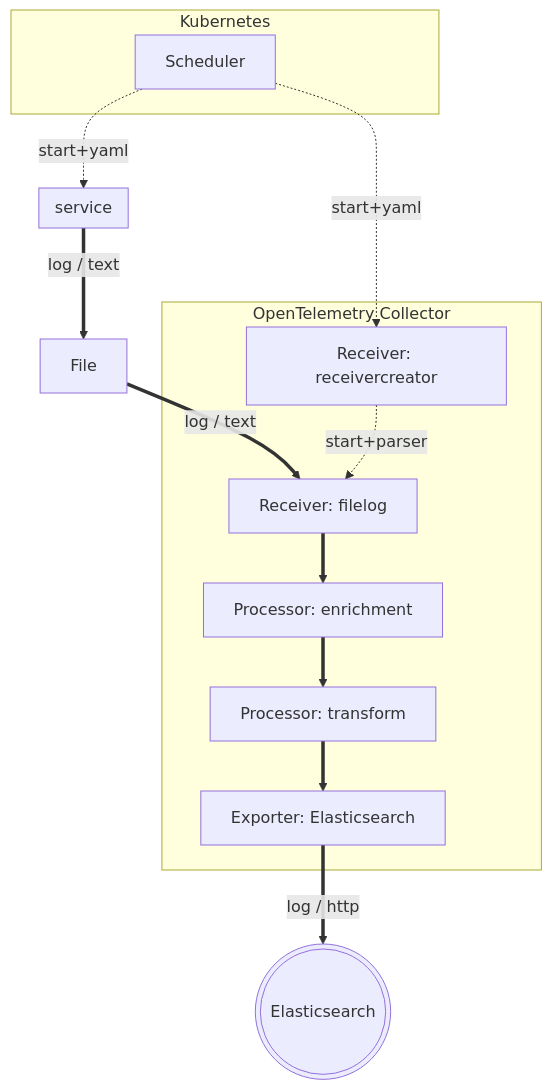
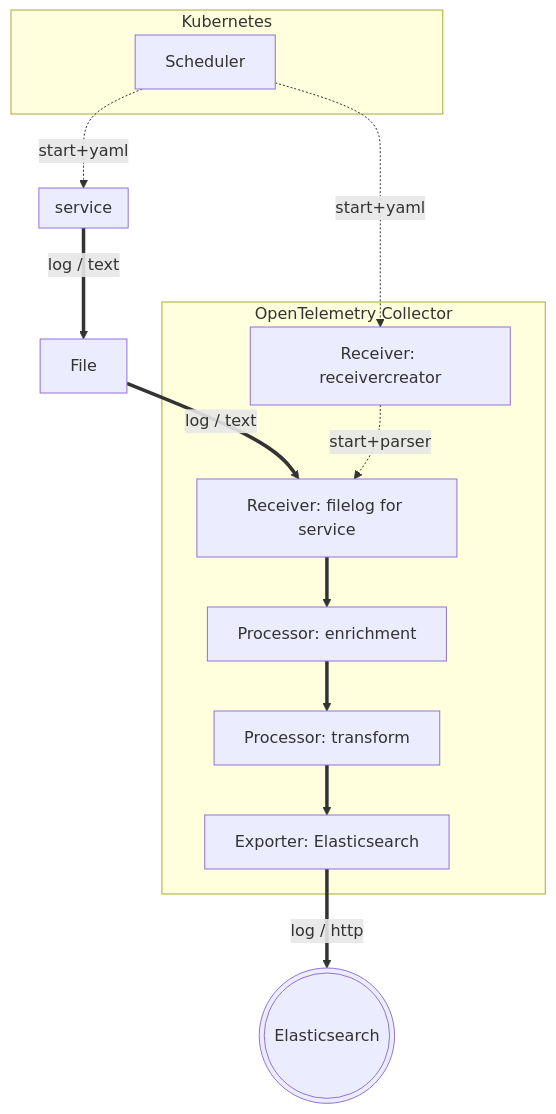
Before and after one commit to ty-elastic/instruqt_o11y--course--field--200-otel-logs--main: the diagram in instruqt/tracks/o11y--course--field--200-otel-logs--main/diagrams/method3.mmd, drawn with Mermaid. The commit also changed 4 other files, not shown here.

```diff
--- a/instruqt/tracks/o11y--course--field--200-otel-logs--main/diagrams/method3.mmd
+++ b/instruqt/tracks/o11y--course--field--200-otel-logs--main/diagrams/method3.mmd
@@ -1,26 +1,26 @@
 flowchart TB
 
     subgraph Collector[OpenTelemetry Collector]
         RecvCreator[Receiver: receivercreator]
-        FileRecv[Receiver: filelog]
+        FileRecv[Receiver: filelog for service]
         Processor1[Processor: enrichment]
         Processor2[Processor: transform]
         ElasticExporter[Exporter: Elasticsearch]
         FileRecv ==> Processor1 ==> Processor2 ==> ElasticExporter
     end
 
     subgraph Kubernetes
         Scheduler
     end
 
     Service1 == "log / text" ==> File
     File == "log / text" ==> FileRecv
 
     subgraph Service1[service]
     end
 
     Scheduler -. start+yaml .-> RecvCreator
     Scheduler -. start+yaml .-> Service1
     RecvCreator -. start+parser .-> FileRecv
 
     ElasticExporter == "log / http" ==> nodeId(((Elasticsearch)))
```
